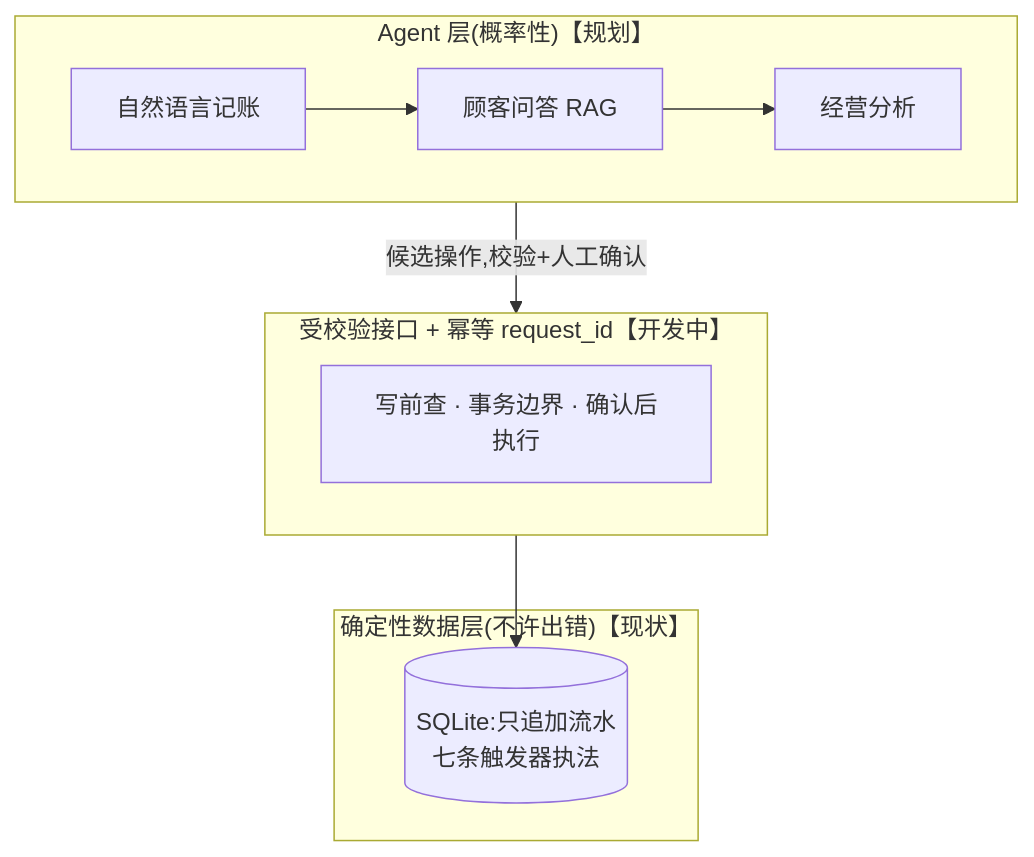
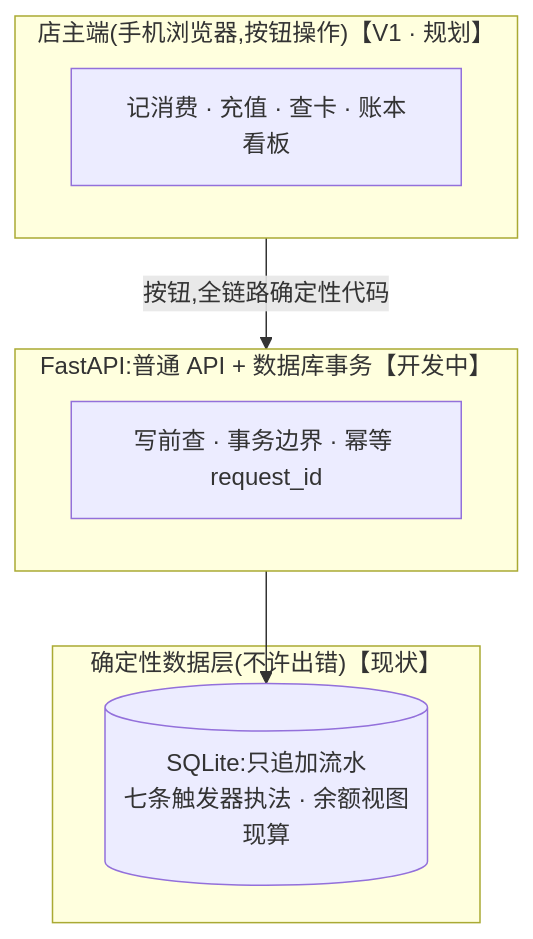
Before and after one commit to z272065/barbershop-ledger: the diagram in README.md, drawn with Mermaid. The commit also changed other lines of this file and 1 other file, not shown here.

Commit message:
文档: Agent 层砍除与 V2 看板口径对齐
原 V3 三个 AI 功能已砍(2026-10-28): 架构图删 Agent 层, 核心决策一改为系统里没有 LLM, 砍除理由表入 DESIGN
V2 收缩为账本看板唯一功能, 删沉睡列表与染烫纳入旧规划
切换口径改达标即切(没达标双轨过春节年后切), 删旺季前完成切换死线
状态行补 v_balance 视图, 输出节选按实跑更新 27/27

````diff
--- a/README.md
+++ b/README.md
@@ -36,14 +36,14 @@
 ```mermaid
 flowchart TB
-    subgraph V3["Agent 层(概率性)【规划】"]
-        A1[自然语言记账] --> A2[顾客问答 RAG] --> A3[经营分析]
+    subgraph UI["店主端(手机浏览器,按钮操作)【V1 · 规划】"]
+        U1[记消费 · 充值 · 查卡 · 账本看板]
     end
-    subgraph API["受校验接口 + 幂等 request_id【开发中】"]
-        C1[写前查 · 事务边界 · 确认后执行]
+    subgraph API["FastAPI:普通 API + 数据库事务【开发中】"]
+        C1[写前查 · 事务边界 · 幂等 request_id]
     end
     subgraph DB["确定性数据层(不许出错)【现状】"]
-        C2[(SQLite:只追加流水<br/>七条触发器执法)]
+        C2[(SQLite:只追加流水<br/>七条触发器执法 · 余额视图现算)]
     end
-    V3 -->|候选操作,校验+人工确认| API
+    UI -->|按钮,全链路确定性代码| API
     API --> C2
 ```
````
